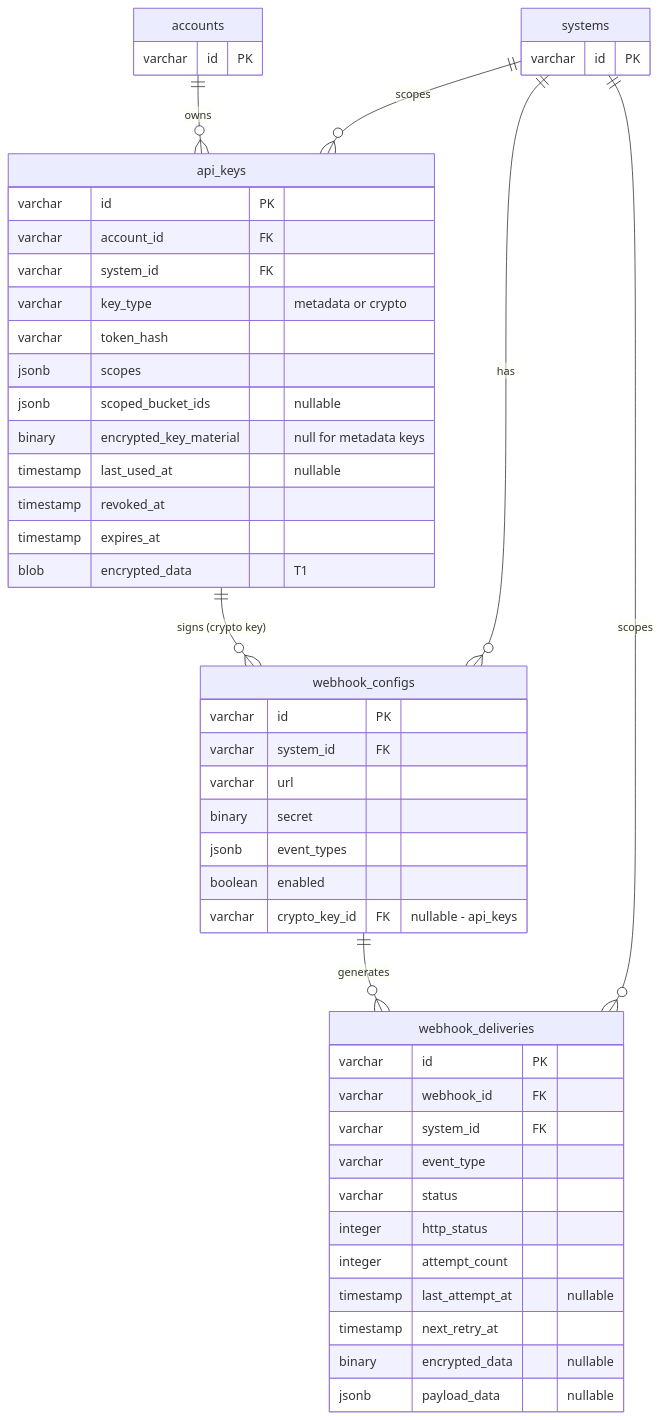
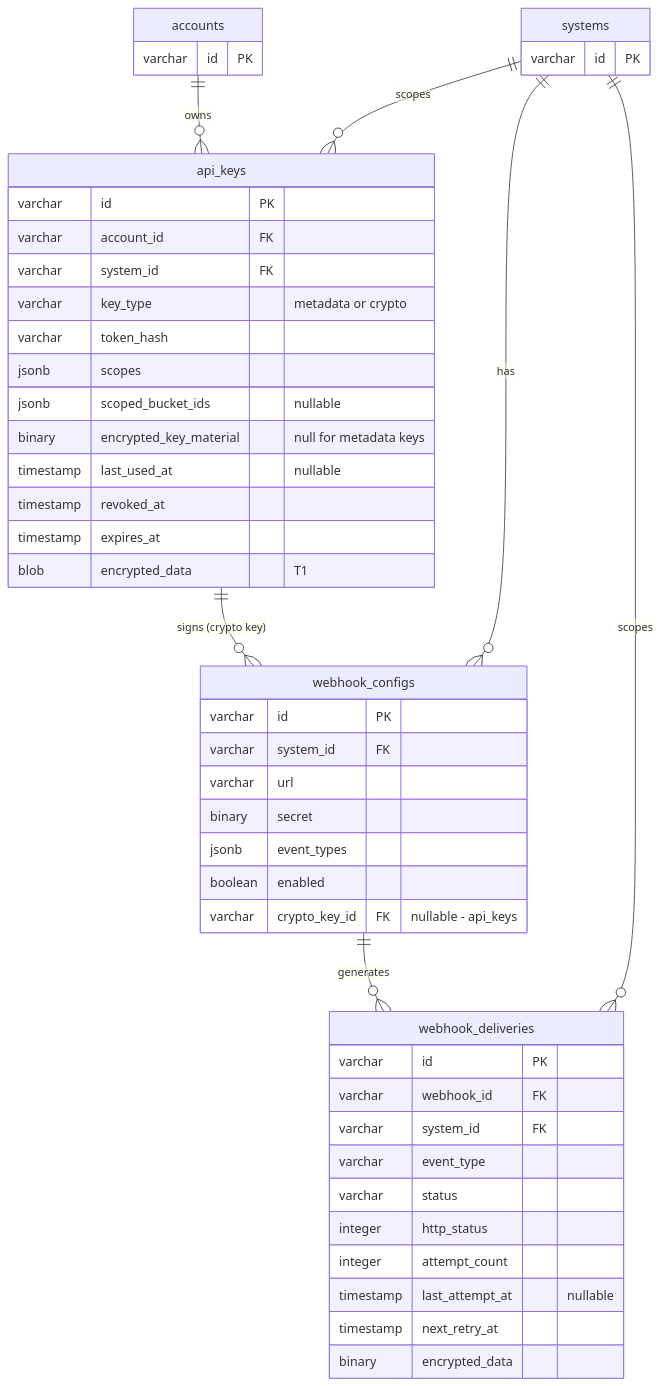
Diagram 18 of 22 in docs/database-schema.md (ThePrismSystem/pluralscape-mono), drawn with Mermaid before and after one commit. The commit also changed other lines of this file and 38 other files, not shown here.

````diff
--- a/docs/database-schema.md
+++ b/docs/database-schema.md
@@ -1025,56 +1025,55 @@
 ```mermaid
 erDiagram
     accounts {
         varchar id PK
     }
 
     systems {
         varchar id PK
     }
 
     api_keys {
         varchar id PK
         varchar account_id FK
         varchar system_id FK
         varchar key_type "metadata or crypto"
         varchar token_hash
         jsonb scopes
         jsonb scoped_bucket_ids "nullable"
         binary encrypted_key_material "null for metadata keys"
         timestamp last_used_at "nullable"
         timestamp revoked_at
         timestamp expires_at
         blob encrypted_data "T1"
     }
 
     webhook_configs {
         varchar id PK
         varchar system_id FK
         varchar url
         binary secret
         jsonb event_types
         boolean enabled
         varchar crypto_key_id FK "nullable - api_keys"
     }
 
     webhook_deliveries {
         varchar id PK
         varchar webhook_id FK
         varchar system_id FK
         varchar event_type
         varchar status
         integer http_status
         integer attempt_count
         timestamp last_attempt_at "nullable"
         timestamp next_retry_at
-        binary encrypted_data "nullable"
-        jsonb payload_data "nullable"
+        binary encrypted_data
     }
 
     accounts ||--o{ api_keys : "owns"
     systems ||--o{ api_keys : "scopes"
     systems ||--o{ webhook_configs : "has"
     api_keys ||--o{ webhook_configs : "signs (crypto key)"
     webhook_configs ||--o{ webhook_deliveries : "generates"
     systems ||--o{ webhook_deliveries : "scopes"
 ```
````
